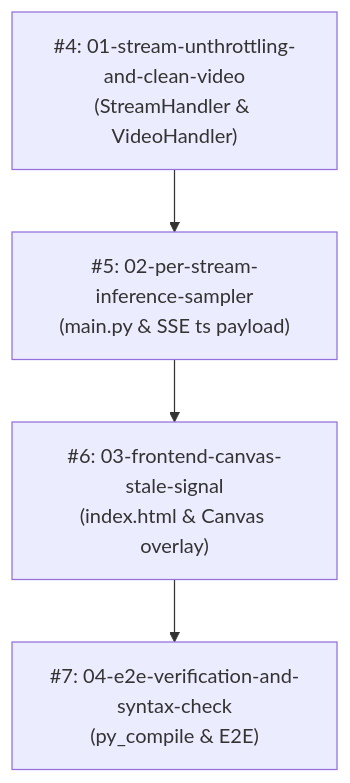
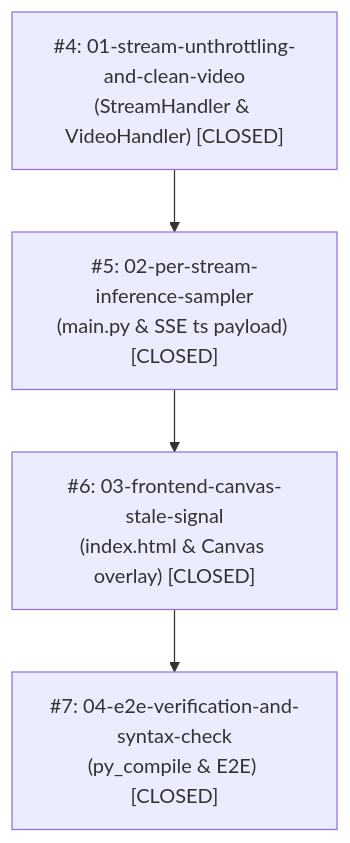
The diagram in docs/tickets/fps_decoupling_tickets.md (MaiGuybrush/safety-predictor-nano), drawn with Mermaid before and after one commit. The commit also changed other lines of this file, not shown here.

Commit message:
test: full codebase syntax check & e2e ticket verification (#7)

````diff
--- a/docs/tickets/fps_decoupling_tickets.md
+++ b/docs/tickets/fps_decoupling_tickets.md
@@ -12,11 +12,11 @@
 ```mermaid
 graph TD
-    T1["#4: 01-stream-unthrottling-and-clean-video<br/>(StreamHandler & VideoHandler)"]
-    T2["#5: 02-per-stream-inference-sampler<br/>(main.py & SSE ts payload)"]
-    T3["#6: 03-frontend-canvas-stale-signal<br/>(index.html & Canvas overlay)"]
-    T4["#7: 04-e2e-verification-and-syntax-check<br/>(py_compile & E2E)"]
+    T1["#4: 01-stream-unthrottling-and-clean-video<br/>(StreamHandler & VideoHandler) [CLOSED]"]
+    T2["#5: 02-per-stream-inference-sampler<br/>(main.py & SSE ts payload) [CLOSED]"]
+    T3["#6: 03-frontend-canvas-stale-signal<br/>(index.html & Canvas overlay) [CLOSED]"]
+    T4["#7: 04-e2e-verification-and-syntax-check<br/>(py_compile & E2E) [CLOSED]"]
 
     T1 --> T2
     T2 --> T3
     T3 --> T4
 ```
````
